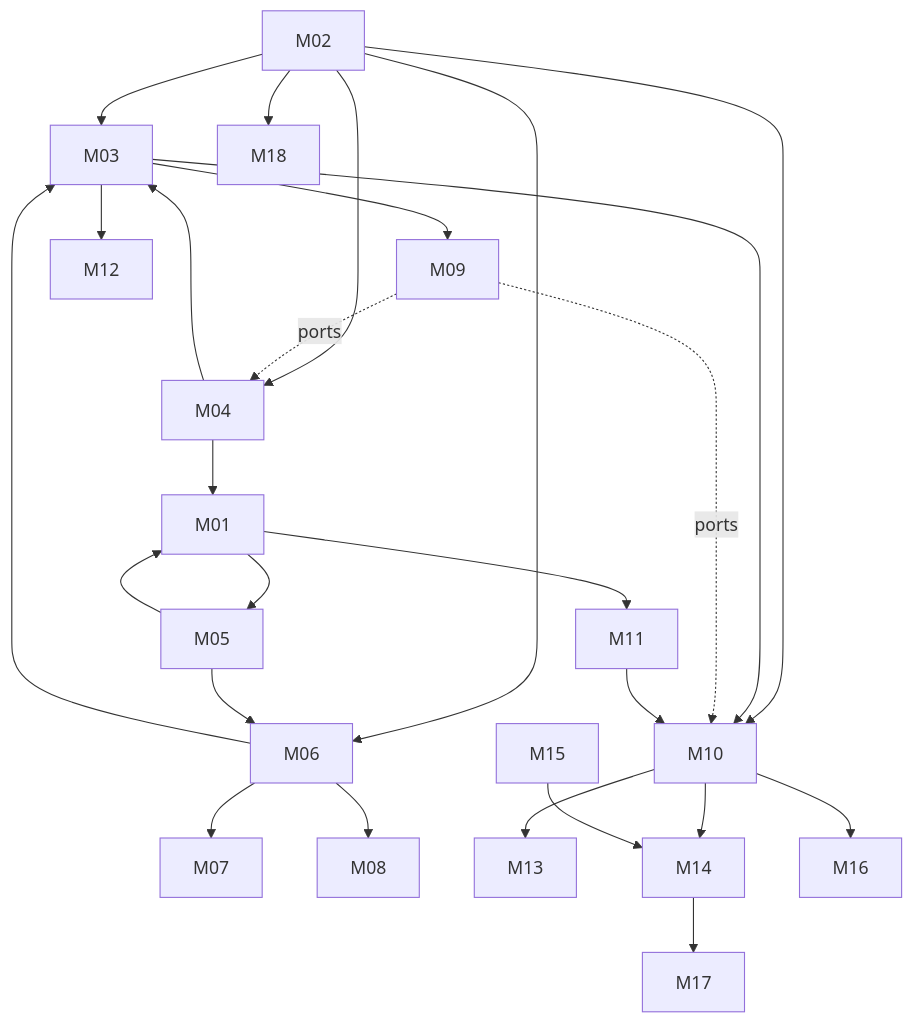
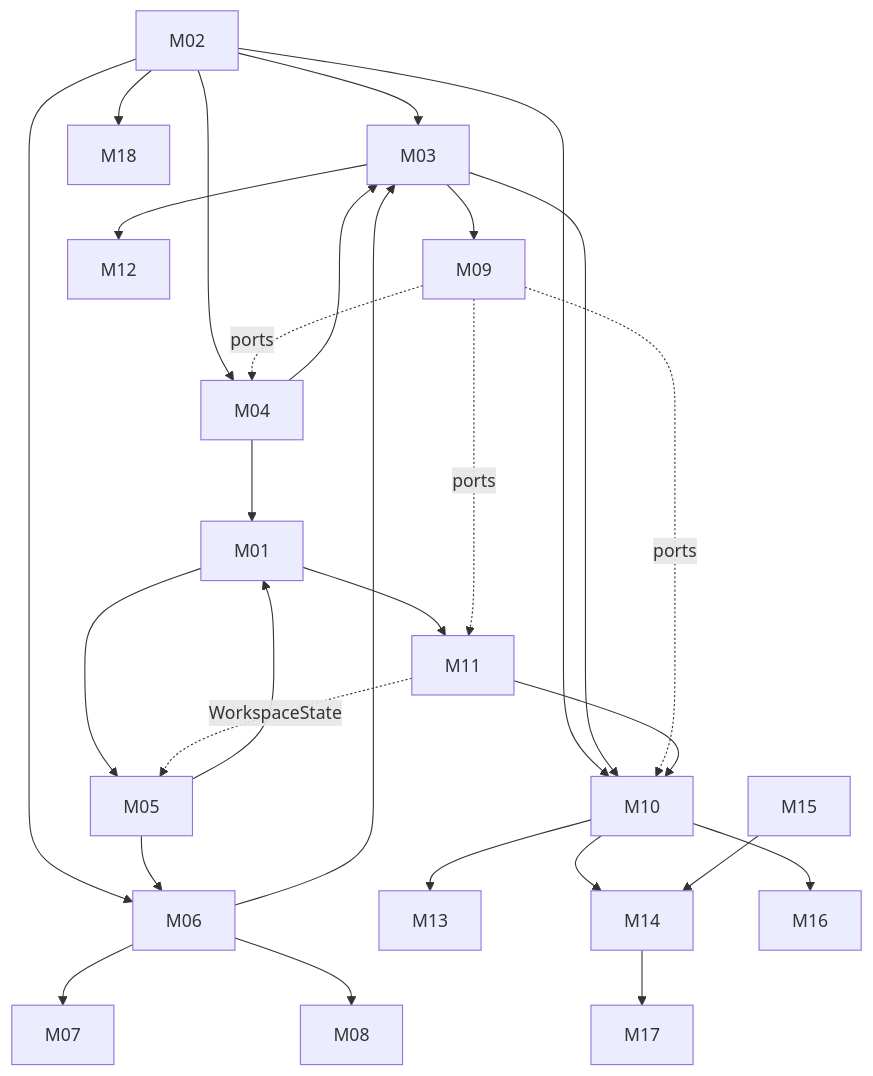
The diagram in planning/11-modules.md (ForkHorizon/Shardrail), drawn with Mermaid before and after one commit. The commit also changed other lines of this file and 19 other files, not shown here.

````diff
--- a/planning/11-modules.md
+++ b/planning/11-modules.md
@@ -28,16 +28,17 @@
 ```mermaid
 flowchart TD
   M02 --> M03 & M04 & M06 & M10 & M18
   M04 & M05 --> M01
   M01 --> M05 & M11
   M05 --> M06 --> M07 & M08
   M04 --> M03
   M06 --> M03
   M03 --> M09 & M10
-  M09 -. ports .-> M04 & M10
+  M09 -. ports .-> M04 & M10 & M11
+  M11 -. WorkspaceState .-> M05
   M11 --> M10
   M10 --> M13 & M14 & M16
   M15 --> M14
   M03 --> M12
   M14 --> M17
 ```
````
